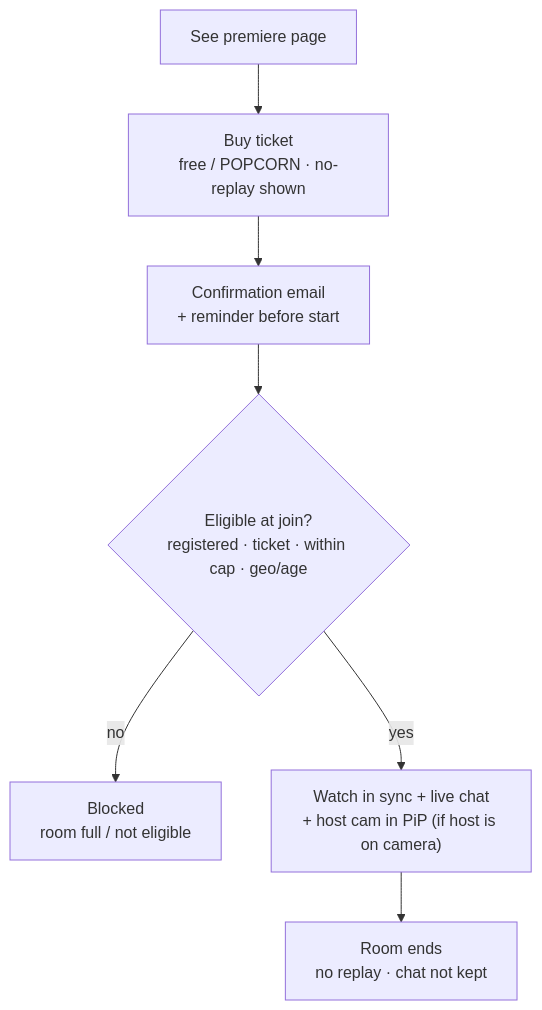
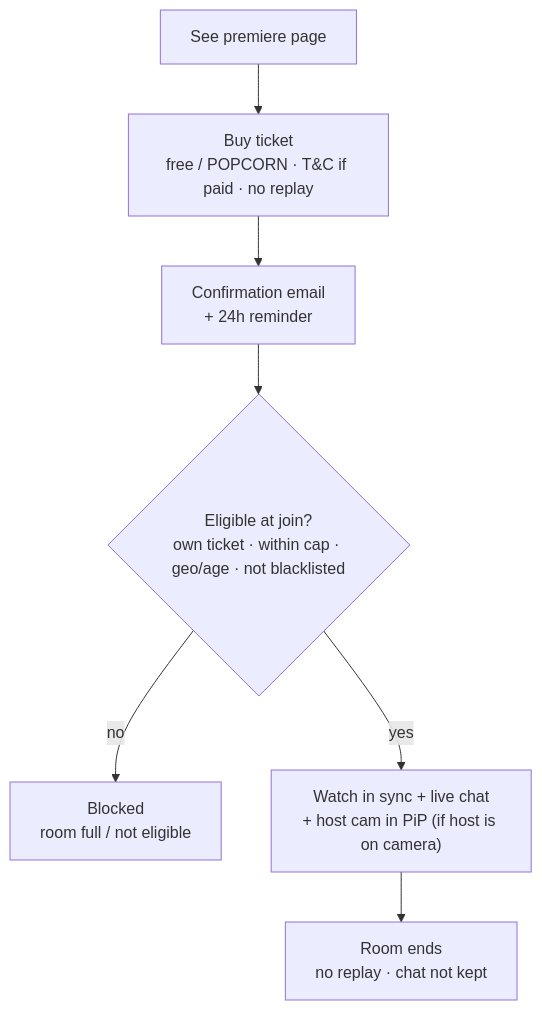
Before and after one commit to ztor20/Features: the third of 3 diagrams in draft/watch-party/prototype/_docs/BRD/watch-party/Summary.md, drawn with Mermaid. The commit also changed other lines of this file and 9 other files, not shown here.

````diff
--- a/draft/watch-party/prototype/_docs/BRD/watch-party/Summary.md
+++ b/draft/watch-party/prototype/_docs/BRD/watch-party/Summary.md
@@ -53,9 +55,9 @@
 ```mermaid
 flowchart TD
-  A["See premiere page"] --> B["Buy ticket<br/>free / POPCORN · no-replay shown"]
-  B --> C["Confirmation email<br/>+ reminder before start"]
-  C --> D{"Eligible at join?<br/>registered · ticket · within cap · geo/age"}
+  A["See premiere page"] --> B["Buy ticket<br/>free / POPCORN · T&C if paid · no replay"]
+  B --> C["Confirmation email<br/>+ 24h reminder"]
+  C --> D{"Eligible at join?<br/>own ticket · within cap · geo/age · not blacklisted"}
   D -- no --> X["Blocked<br/>room full / not eligible"]
   D -- yes --> E["Watch in sync + live chat<br/>+ host cam in PiP (if host is on camera)"]
   E --> F["Room ends<br/>no replay · chat not kept"]
 ```
````
